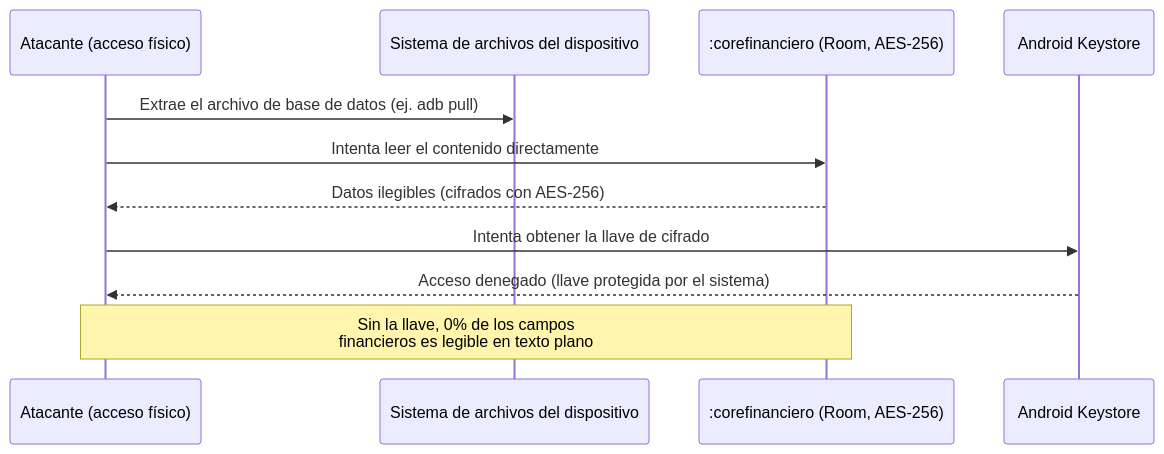
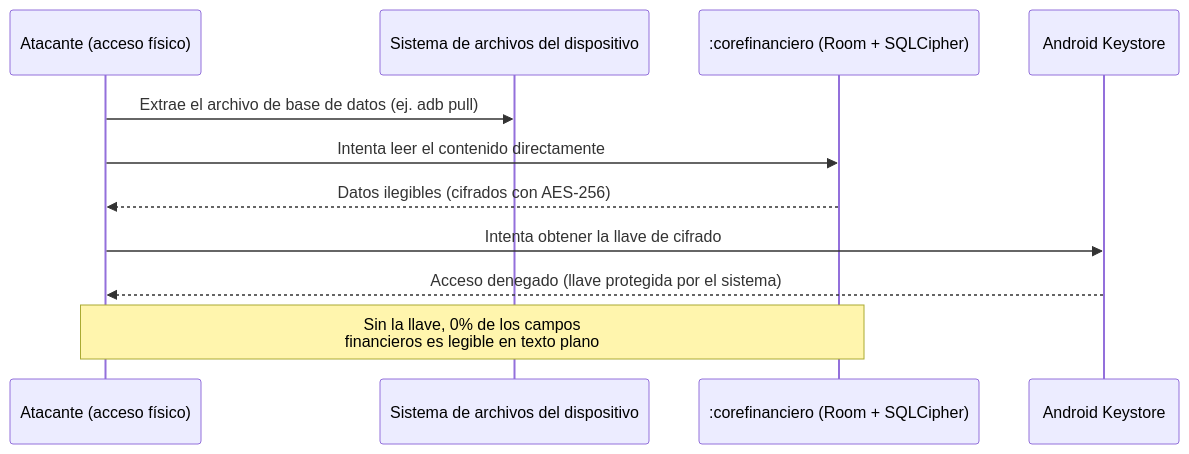
The fifth of 5 diagrams in docs/arc42/06-Runtime view.md (ISCOUTB/AS_202620_XALD), drawn with Mermaid before and after one commit. The commit also changed other lines of this file, not shown here.

````diff
--- a/docs/arc42/06-Runtime view.md
+++ b/docs/arc42/06-Runtime view.md
@@ -177,14 +164,14 @@
 ```mermaid
 sequenceDiagram
     participant ATK as Atacante (acceso físico)
     participant FS as Sistema de archivos del dispositivo
-    participant CORE as :corefinanciero (Room, AES-256)
+    participant CORE as :corefinanciero (Room + SQLCipher)
     participant KS as Android Keystore
 
     ATK->>FS: Extrae el archivo de base de datos (ej. adb pull)
     ATK->>CORE: Intenta leer el contenido directamente
     CORE-->>ATK: Datos ilegibles (cifrados con AES-256)
     ATK->>KS: Intenta obtener la llave de cifrado
     KS-->>ATK: Acceso denegado (llave protegida por el sistema)
     Note over ATK,CORE: Sin la llave, 0% de los campos<br/>financieros es legible en texto plano
 ```
````
